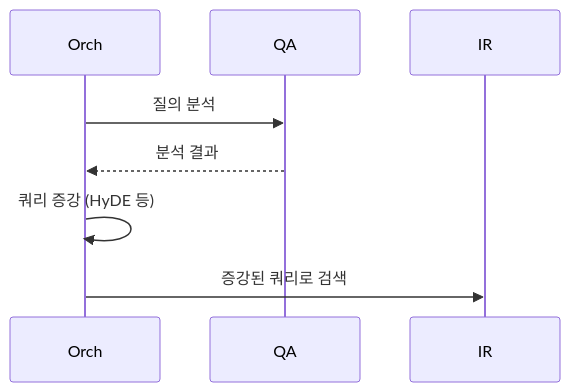
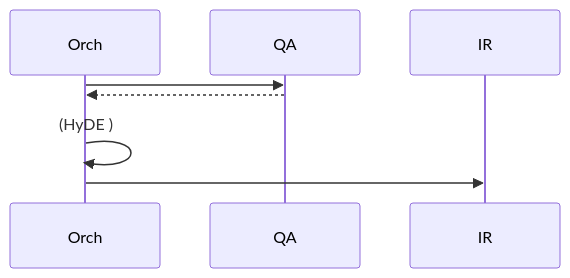
The first of 3 diagrams in docs/guides/rag_architecture_expert_view.md (SKN19-FINAL-5team/LLM), drawn with Mermaid before and after one commit. The commit also changed other lines of this file and 183 other files, not shown here.

````diff
--- a/docs/guides/rag_architecture_expert_view.md
+++ b/docs/guides/rag_architecture_expert_view.md
@@ -46,7 +46,7 @@
 ```mermaid
 sequenceDiagram
-    Orch->>QA: 질의 분석
-    QA-->>Orch: 분석 결과
-    Orch->>Orch: 쿼리 증강 (HyDE 등)
-    Orch->>IR: 증강된 쿼리로 검색
+    Orch->>QA:  
+    QA-->>Orch:  
+    Orch->>Orch:   (HyDE )
+    Orch->>IR:   
 ```
````
